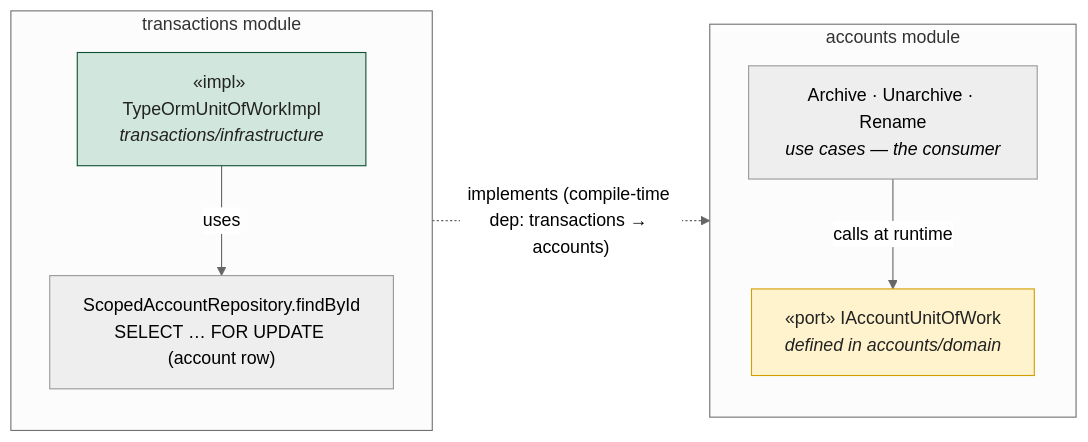
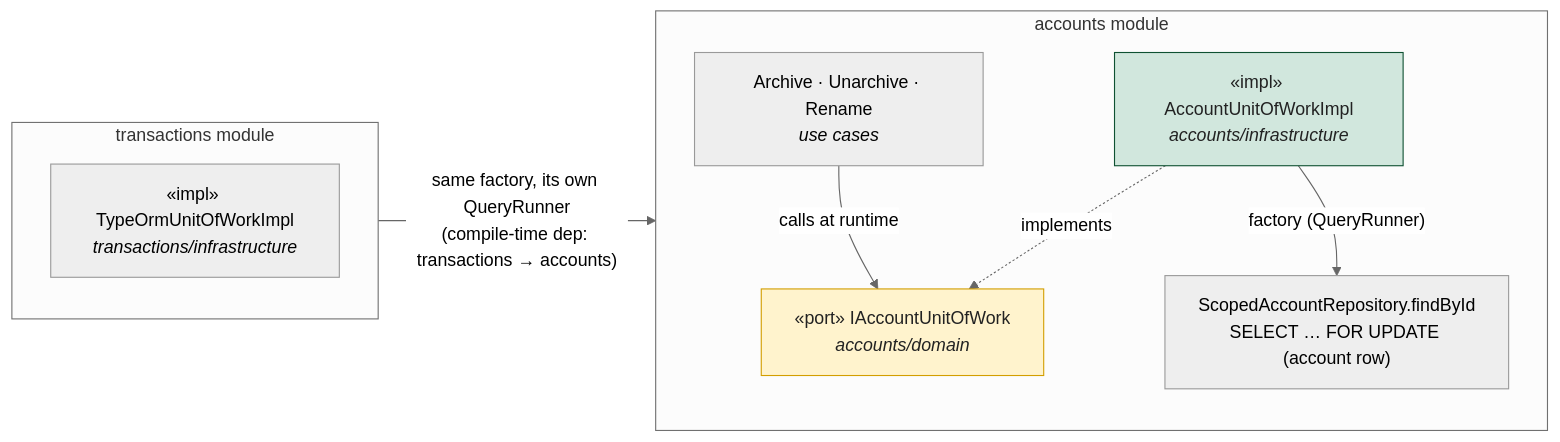
Before and after one commit to vicentera0957-arch/personal-finance-api: the fourth of 6 diagrams in docs/architecture.md, drawn with Mermaid (neutral theme). The commit also changed other lines of this file and 5 other files, not shown here.

First line of the commit message:
docs: realign the UoW documentation after accounts took ownership of its boundary

````diff
--- a/docs/architecture.md
+++ b/docs/architecture.md
@@ -158,23 +165,25 @@
 ```mermaid
 flowchart LR
     subgraph accounts["accounts module"]
         direction TB
-        AUC["Archive · Unarchive · Rename<br/><i>use cases — the consumer</i>"]
-        IAU["«port» IAccountUnitOfWork<br/><i>defined in accounts/domain</i>"]
+        AUC["Archive · Unarchive · Rename<br/><i>use cases</i>"]
+        IAU["«port» IAccountUnitOfWork<br/><i>accounts/domain</i>"]
+        UOW["«impl» AccountUnitOfWorkImpl<br/><i>accounts/infrastructure</i>"]
+        LOCK["ScopedAccountRepository.findById<br/>SELECT … FOR UPDATE (account row)"]
         AUC -->|"calls at runtime"| IAU
+        UOW -.->|implements| IAU
+        UOW -->|"factory (QueryRunner)"| LOCK
     end
 
     subgraph transactions["transactions module"]
         direction TB
-        UOW["«impl» TypeOrmUnitOfWorkImpl<br/><i>transactions/infrastructure</i>"]
-        LOCK["ScopedAccountRepository.findById<br/>SELECT … FOR UPDATE (account row)"]
-        UOW -->|uses| LOCK
+        TUOW["«impl» TypeOrmUnitOfWorkImpl<br/><i>transactions/infrastructure</i>"]
     end
 
-    UOW -.->|"implements (compile-time dep: transactions → accounts)"| IAU
+    TUOW -->|"same factory, its own QueryRunner<br/>(compile-time dep: transactions → accounts)"| LOCK
 
     classDef port fill:#fff3cd,stroke:#d39e00,color:#222;
     classDef impl fill:#d1e7dd,stroke:#0f5132,color:#222;
     class IAU port
     class UOW impl
 ```
````
